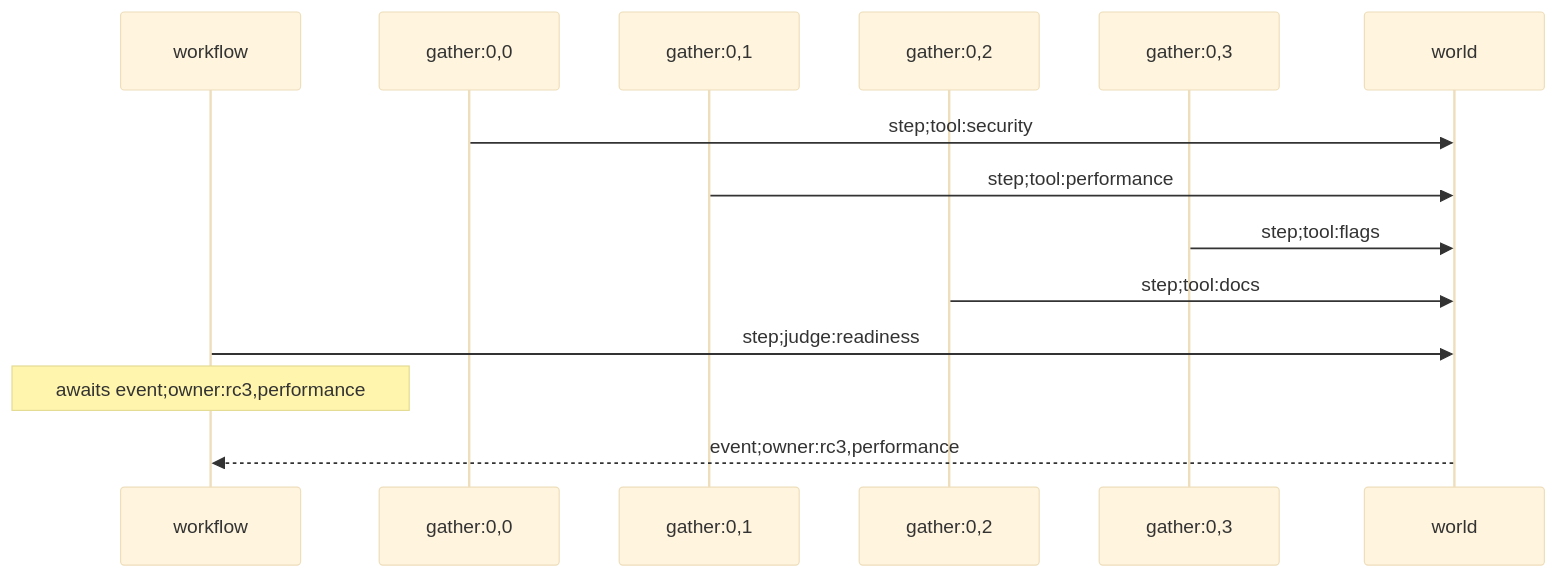
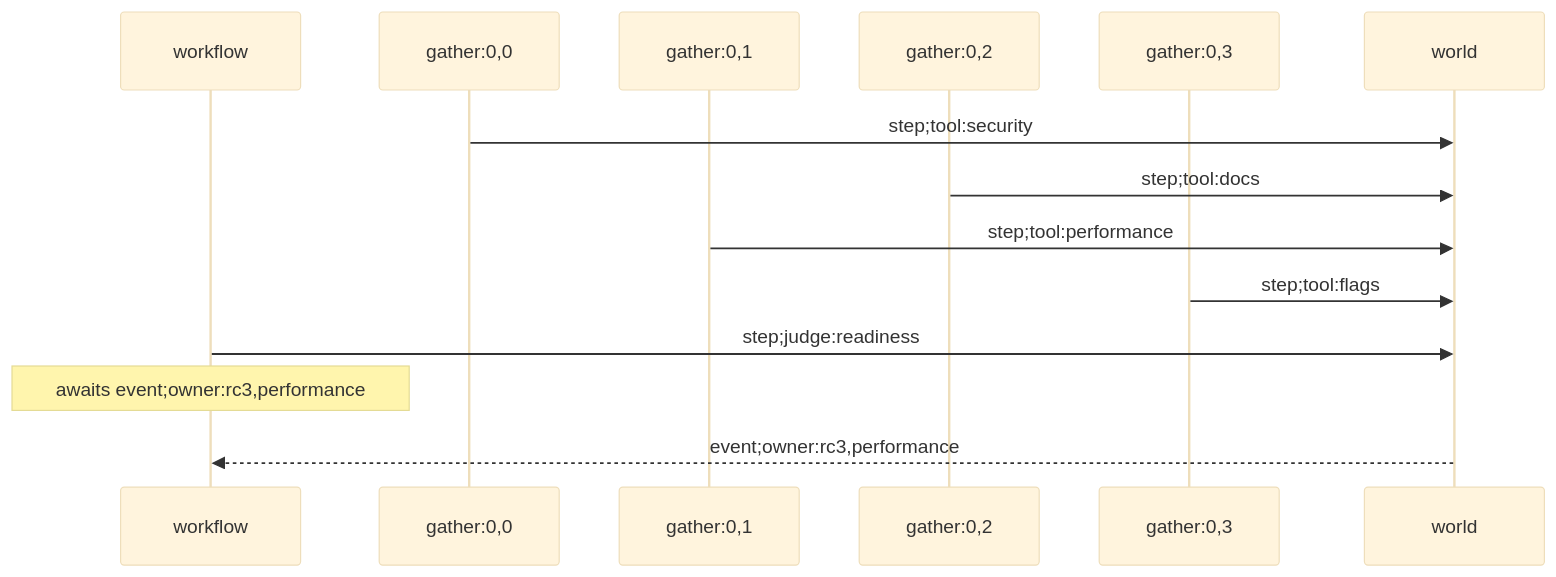
Before and after one commit to jimbaker/effective: the seventh of 11 diagrams in wiki/concepts/building-with-effective.md, drawn with Mermaid (base theme). The commit also changed other lines of this file and 183 other files, not shown here.

````diff
--- a/wiki/concepts/building-with-effective.md
+++ b/wiki/concepts/building-with-effective.md
@@ -218,16 +218,16 @@
 ```mermaid
 sequenceDiagram
   participant run as workflow
   participant b1 as gather:0,0
   participant b2 as gather:0,1
   participant b3 as gather:0,2
   participant b4 as gather:0,3
   participant world
   b1->>world: step#59;tool:security
+  b3->>world: step#59;tool:docs
   b2->>world: step#59;tool:performance
   b4->>world: step#59;tool:flags
-  b3->>world: step#59;tool:docs
   run->>world: step#59;judge:readiness
   Note over run: awaits event#59;owner:rc3,performance
   world-->>run: event#59;owner:rc3,performance
 ```
````
